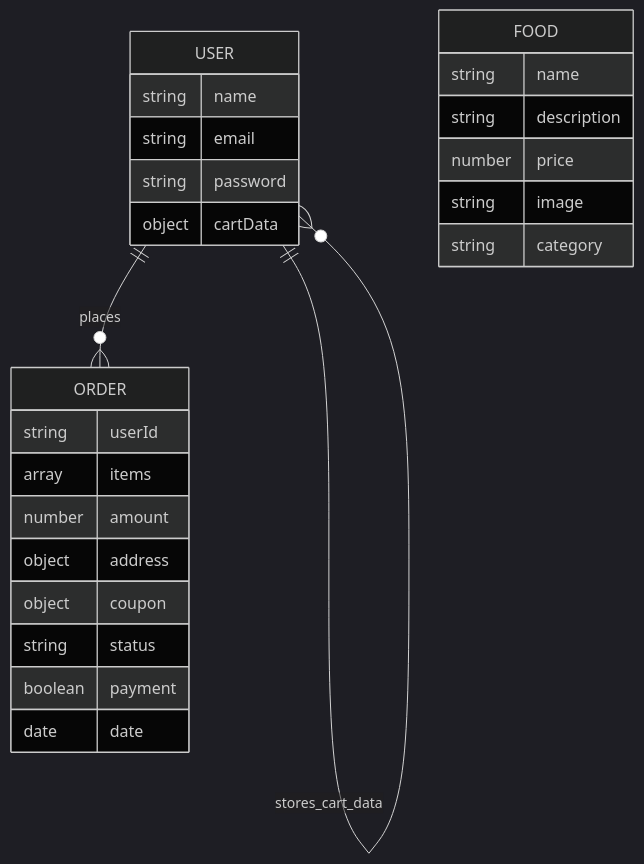
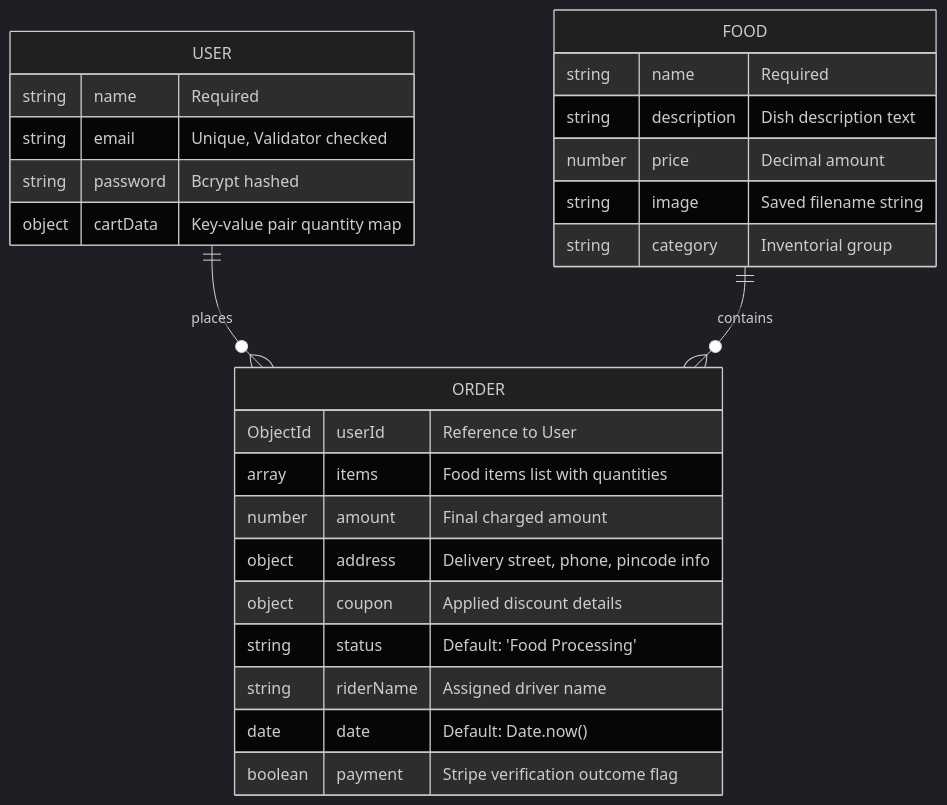
One commit to SarthakDudhe/Feasto-Food-Order-Platform changed the third of 3 diagrams in README.md. Above: the diagram before and after it, drawn with Mermaid (dark theme). The commit also changed other lines of this file, not shown here.

Commit message:
docs: overhaul README with updated project architecture, feature highlights, and visual gallery descriptions.

````diff
--- a/README.md
+++ b/README.md
@@ -196,31 +199,32 @@
 ```mermaid
 erDiagram
+    USER ||--o{ ORDER : places
+    FOOD ||--o{ ORDER : contains
+
     USER {
-        string name
-        string email
-        string password
-        object cartData
+        string name "Required"
+        string email "Unique, Validator checked"
+        string password "Bcrypt hashed"
+        object cartData "Key-value pair quantity map"
     }
 
     FOOD {
-        string name
-        string description
-        number price
-        string image
-        string category
+        string name "Required"
+        string description "Dish description text"
+        number price "Decimal amount"
+        string image "Saved filename string"
+        string category "Inventorial group"
     }
 
     ORDER {
-        string userId
-        array items
-        number amount
-        object address
-        object coupon
-        string status
-        boolean payment
-        date date
+        ObjectId userId "Reference to User"
+        array items "Food items list with quantities"
+        number amount "Final charged amount"
+        object address "Delivery street, phone, pincode info"
+        object coupon "Applied discount details"
+        string status "Default: 'Food Processing'"
+        string riderName "Assigned driver name"
+        date date "Default: Date.now()"
+        boolean payment "Stripe verification outcome flag"
     }
-
-    USER ||--o{ ORDER : places
-    USER ||--o{ USER : stores_cart_data
 ```
````
